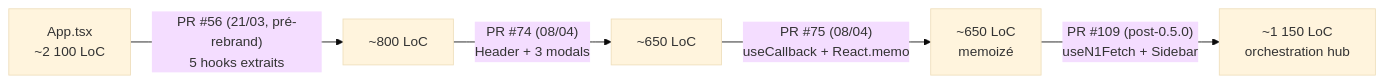
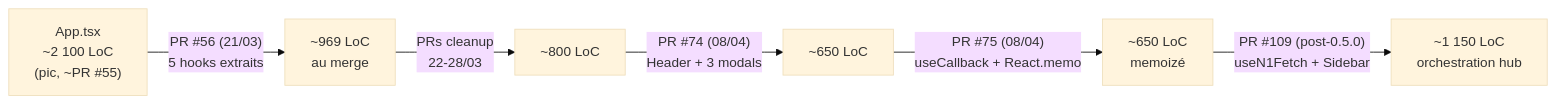
The fourth of 6 diagrams in docs/architecture/development-cycle.md (marota/Co-Study4Grid), drawn with Mermaid (base theme) before and after one commit. The commit also changed other lines of this file, not shown here.

````diff
--- a/docs/architecture/development-cycle.md
+++ b/docs/architecture/development-cycle.md
@@ -411,7 +461,8 @@
 ```mermaid
 graph LR
-    A["App.tsx<br/>~2 100 LoC"] -- "PR #56 (21/03, pré-rebrand)<br/>5 hooks extraits" --> B["~800 LoC"]
-    B -- "PR #74 (08/04)<br/>Header + 3 modals" --> C["~650 LoC"]
+    A["App.tsx<br/>~2 100 LoC<br/>(pic, ~PR #55)"] -- "PR #56 (21/03)<br/>5 hooks extraits" --> B["~969 LoC<br/>au merge"]
+    B -- "PRs cleanup<br/>22-28/03" --> B2["~800 LoC"]
+    B2 -- "PR #74 (08/04)<br/>Header + 3 modals" --> C["~650 LoC"]
     C -- "PR #75 (08/04)<br/>useCallback + React.memo" --> D["~650 LoC<br/>memoizé"]
     D -- "PR #109 (post-0.5.0)<br/>useN1Fetch + Sidebar" --> E["~1 150 LoC<br/>orchestration hub"]
 ```
````
